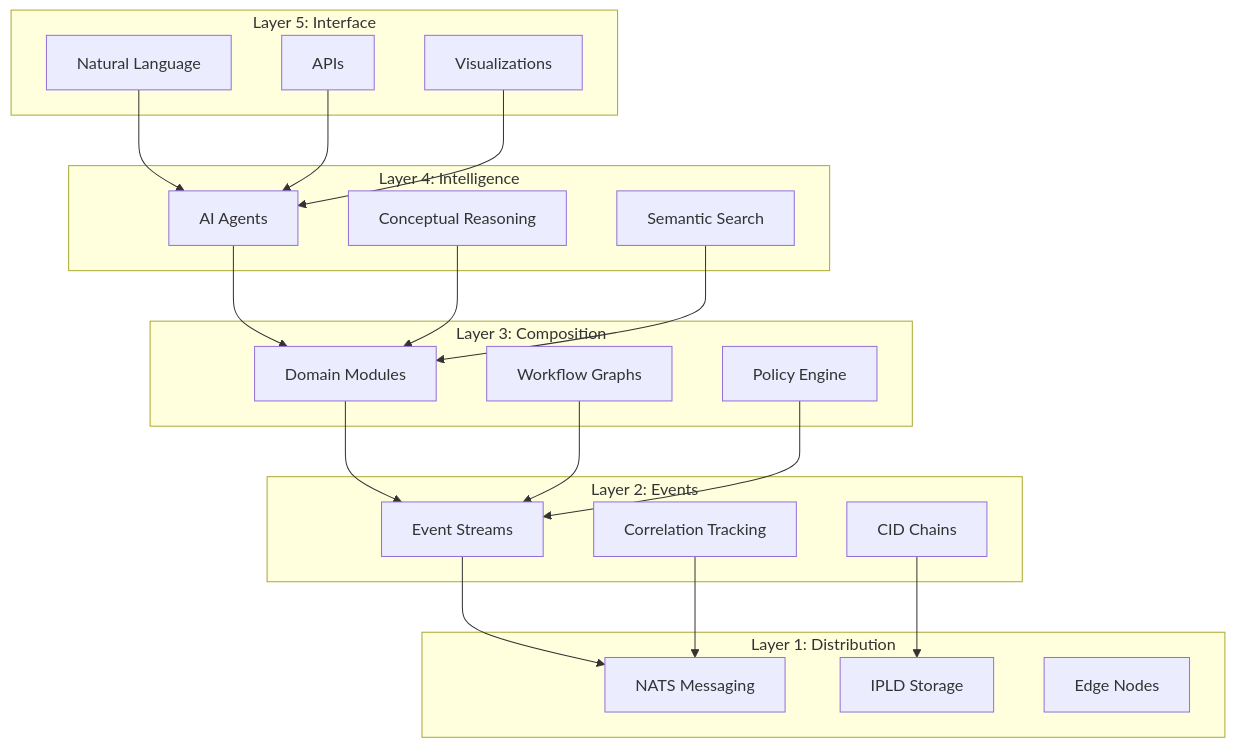
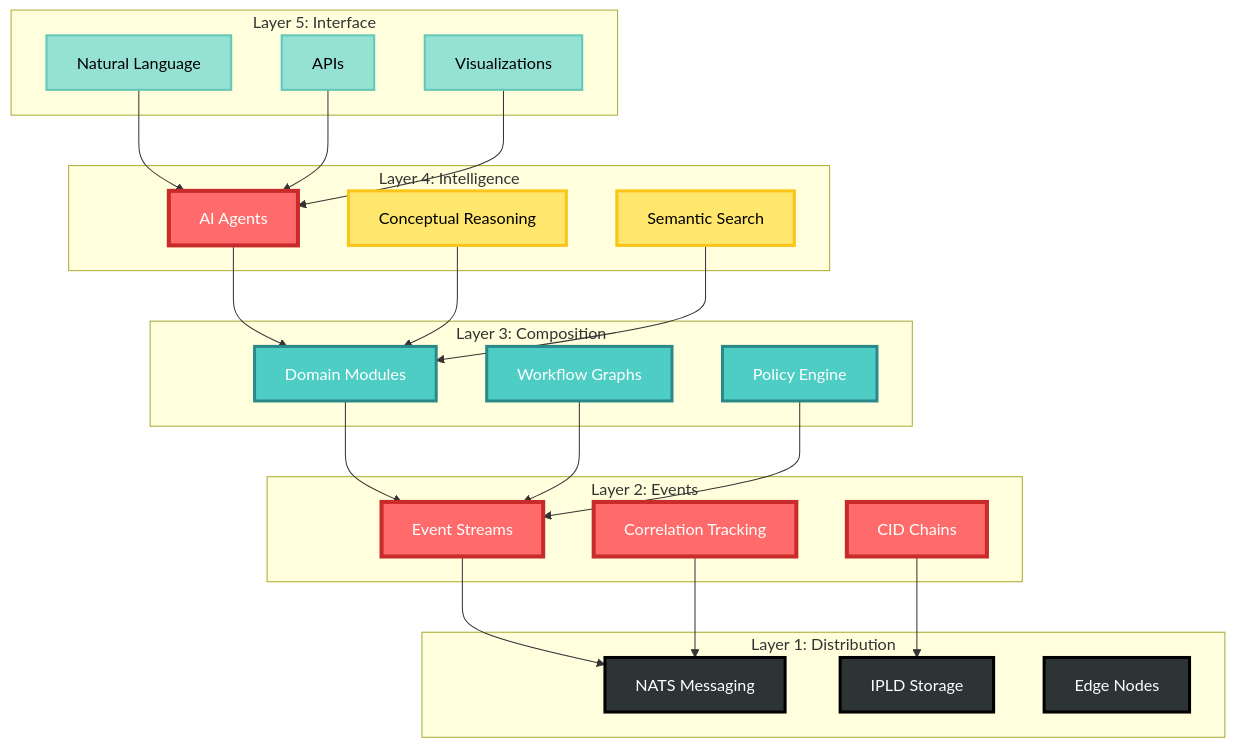
One commit to TheCowboyAI/cim changed the third of 6 diagrams in doc/cim_comprehensive_manual.md. Above: the diagram before and after it, drawn with Mermaid. The commit also changed other lines of this file and 12 other files, not shown here.

````diff
--- a/doc/cim_comprehensive_manual.md
+++ b/doc/cim_comprehensive_manual.md
@@ -140,48 +160,65 @@
 ```mermaid
 graph TB
     subgraph "Layer 5: Interface"
         A[Natural Language]
         B[APIs]
         C[Visualizations]
     end
     
     subgraph "Layer 4: Intelligence"
         D[AI Agents]
         E[Conceptual Reasoning]
         F[Semantic Search]
     end
     
     subgraph "Layer 3: Composition"
         G[Domain Modules]
         H[Workflow Graphs]
         I[Policy Engine]
     end
     
     subgraph "Layer 2: Events"
         J[Event Streams]
         K[CID Chains]
         L[Correlation Tracking]
     end
     
     subgraph "Layer 1: Distribution"
         M[NATS Messaging]
         N[IPLD Storage]
         O[Edge Nodes]
     end
     
     A --> D
     B --> D
     C --> D
     
     D --> G
     E --> G
     F --> G
     
     G --> J
     H --> J
     I --> J
     
     J --> M
     K --> N
     L --> M
+    
+    %% Styling - layers from infrastructure to interface
+    style A fill:#95E1D3,stroke:#63C7B8,stroke-width:2px,color:#000
+    style B fill:#95E1D3,stroke:#63C7B8,stroke-width:2px,color:#000
+    style C fill:#95E1D3,stroke:#63C7B8,stroke-width:2px,color:#000
+    style D fill:#FF6B6B,stroke:#C92A2A,stroke-width:4px,color:#FFF
+    style E fill:#FFE66D,stroke:#FCC419,stroke-width:3px,color:#000
+    style F fill:#FFE66D,stroke:#FCC419,stroke-width:3px,color:#000
+    style G fill:#4ECDC4,stroke:#2B8A89,stroke-width:3px,color:#FFF
+    style H fill:#4ECDC4,stroke:#2B8A89,stroke-width:3px,color:#FFF
+    style I fill:#4ECDC4,stroke:#2B8A89,stroke-width:3px,color:#FFF
+    style J fill:#FF6B6B,stroke:#C92A2A,stroke-width:4px,color:#FFF
+    style K fill:#FF6B6B,stroke:#C92A2A,stroke-width:4px,color:#FFF
+    style L fill:#FF6B6B,stroke:#C92A2A,stroke-width:4px,color:#FFF
+    style M fill:#2D3436,stroke:#000,stroke-width:3px,color:#FFF
+    style N fill:#2D3436,stroke:#000,stroke-width:3px,color:#FFF
+    style O fill:#2D3436,stroke:#000,stroke-width:3px,color:#FFF
 ```
````
